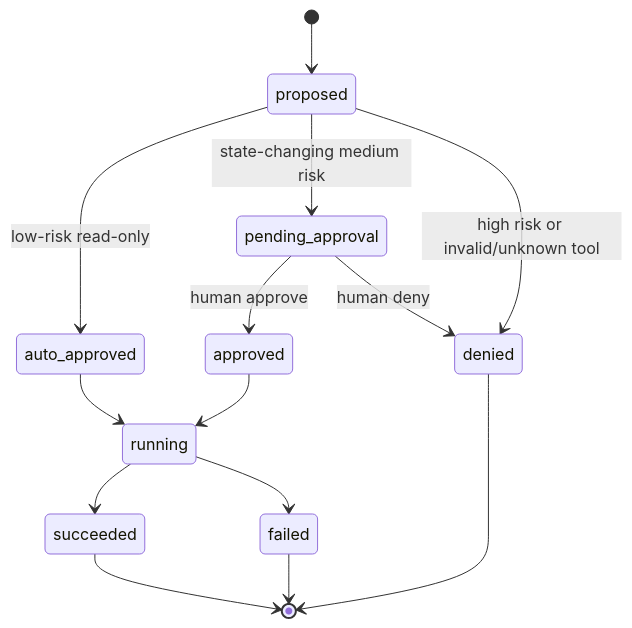
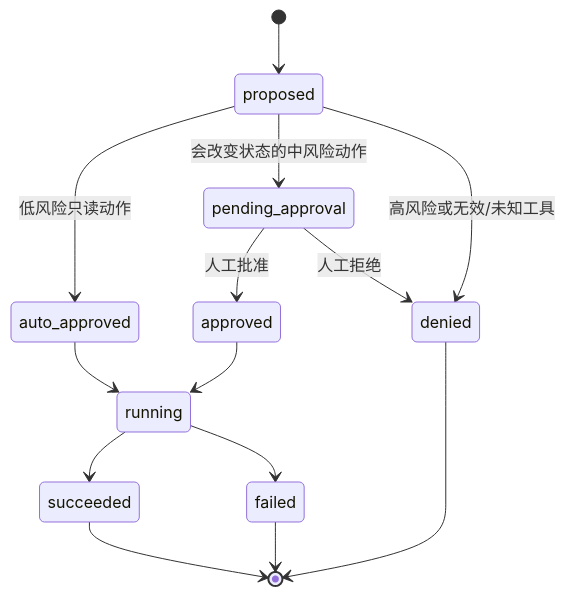
The third of 4 diagrams in docs/architecture.md (Caser-86/agentgate-control-plane), drawn with Mermaid before and after one commit. The commit also changed other lines of this file and 41 other files, not shown here.

````diff
--- a/docs/architecture.md
+++ b/docs/architecture.md
@@ -51,16 +51,16 @@
 ```mermaid
 stateDiagram-v2
     [*] --> proposed
-    proposed --> auto_approved: low-risk read-only
-    proposed --> pending_approval: state-changing medium risk
-    proposed --> denied: high risk or invalid/unknown tool
-    pending_approval --> approved: human approve
-    pending_approval --> denied: human deny
+    proposed --> auto_approved: 低风险只读动作
+    proposed --> pending_approval: 会改变状态的中风险动作
+    proposed --> denied: 高风险或无效/未知工具
+    pending_approval --> approved: 人工批准
+    pending_approval --> denied: 人工拒绝
     auto_approved --> running
     approved --> running
     running --> succeeded
     running --> failed
     denied --> [*]
     succeeded --> [*]
     failed --> [*]
 ```
````
